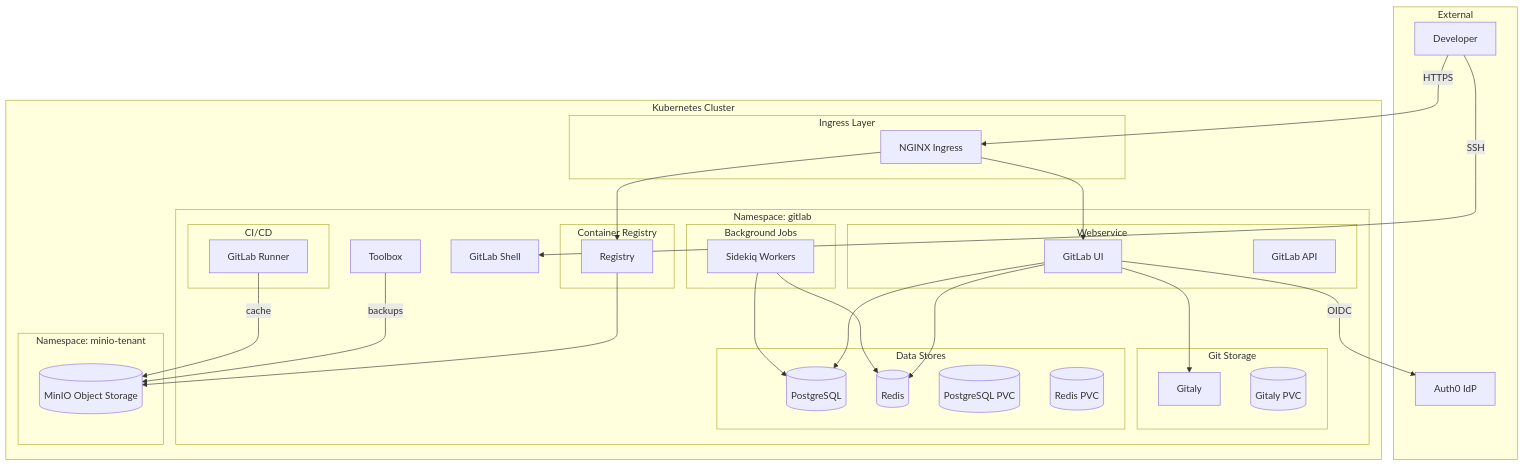
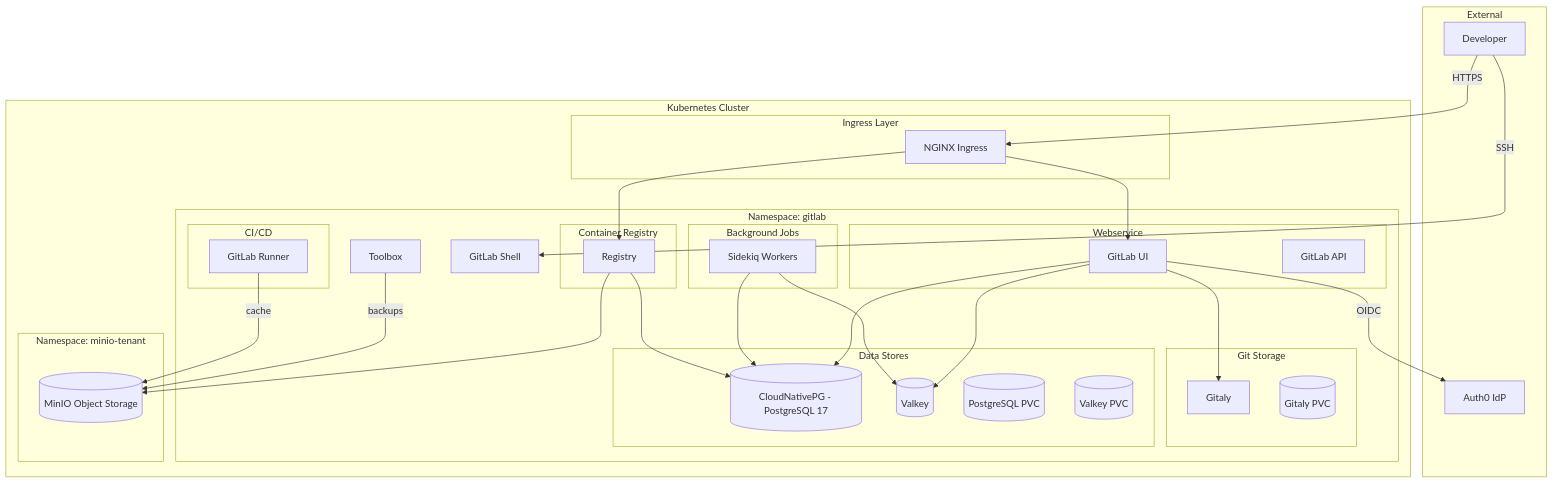
The first of 2 diagrams in stage2/gitlab-platform/README.md (chrisleekr/homelab-infrastructure), drawn with Mermaid before and after one commit. The commit also changed other lines of this file and 29 other files, not shown here.

Commit message:
feat(gitlab-platform)!: migrate GitLab chart to CNPG/Valkey, upgrade Kubecost to 3.2.1 (#104)

````diff
--- a/stage2/gitlab-platform/README.md
+++ b/stage2/gitlab-platform/README.md
@@ -9,68 +9,69 @@
 ```mermaid
 flowchart TB
     subgraph external [External]
         User[Developer]
         Auth0[Auth0 IdP]
     end
 
     subgraph k8s [Kubernetes Cluster]
         subgraph ingress [Ingress Layer]
             Nginx[NGINX Ingress]
         end
 
         subgraph ns [Namespace: gitlab]
             subgraph webservice [Webservice]
                 WebUI[GitLab UI]
                 API[GitLab API]
             end
 
             subgraph sidekiq [Background Jobs]
                 Sidekiq[Sidekiq Workers]
             end
 
             subgraph gitaly [Git Storage]
                 Gitaly[Gitaly]
                 GitalyPVC[(Gitaly PVC)]
             end
 
             subgraph registry [Container Registry]
                 Registry[Registry]
             end
 
             subgraph runner [CI/CD]
                 Runner[GitLab Runner]
             end
 
             subgraph data [Data Stores]
-                PostgreSQL[(PostgreSQL)]
-                Redis[(Redis)]
+                PostgreSQL[(CloudNativePG - PostgreSQL 17)]
+                Valkey[(Valkey)]
                 PGSQLPVC[(PostgreSQL PVC)]
-                RedisPVC[(Redis PVC)]
+                ValkeyPVC[(Valkey PVC)]
             end
 
             Shell[GitLab Shell]
             Toolbox[Toolbox]
         end
 
         subgraph minio_ns [Namespace: minio-tenant]
             MinIO[(MinIO Object Storage)]
         end
     end
 
     User -->|HTTPS| Nginx
     Nginx --> WebUI
     Nginx --> Registry
     User -->|SSH| Shell
 
     WebUI --> PostgreSQL
-    WebUI --> Redis
+    WebUI --> Valkey
     WebUI --> Gitaly
     Sidekiq --> PostgreSQL
-    Sidekiq --> Redis
+    Sidekiq --> Valkey
+    Registry --> PostgreSQL
 
     Registry --> MinIO
     Toolbox -->|backups| MinIO
     Runner -->|cache| MinIO
 
     WebUI -->|OIDC| Auth0
 ```
````
